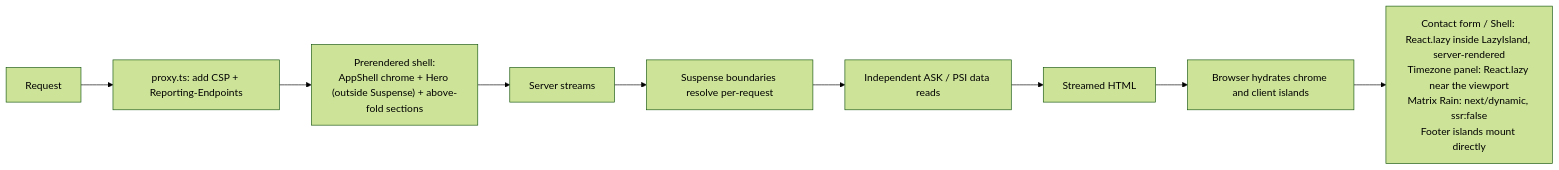
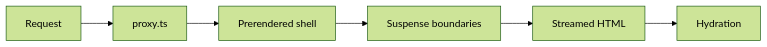
One commit to erikunha/portfolio changed the sixth of 14 diagrams in docs/03-rendering-and-data-flow.md. Above: the diagram before and after it, drawn with Mermaid (forest theme). The commit also changed other lines of this file and 1 other file, not shown here.

First line of the commit message:
docs(workflows): turn matrix and step-list diagrams into tables and lists

````diff
--- a/docs/03-rendering-and-data-flow.md
+++ b/docs/03-rendering-and-data-flow.md
@@ -117,11 +119,4 @@
 ```mermaid
 flowchart LR
-    req["Request"] --> px["proxy.ts: add CSP + Reporting-Endpoints"]
-    px --> shell["Prerendered shell:<br/>AppShell chrome + Hero (outside Suspense) + above-fold sections"]
-    shell --> stream["Server streams"]
-    stream --> susp["Suspense boundaries resolve per-request"]
-    susp --> dyn["Independent ASK / PSI data reads"]
-    dyn --> html2["Streamed HTML"]
-    html2 --> hydrate["Browser hydrates chrome and client islands"]
-    hydrate --> lazy["Contact form / Shell: React.lazy inside LazyIsland, server-rendered<br/>Timezone panel: React.lazy near the viewport<br/>Matrix Rain: next/dynamic, ssr:false<br/>Footer islands mount directly"]
+    req["Request"] --> px["proxy.ts"] --> shell["Prerendered shell"] --> susp["Suspense boundaries"] --> html["Streamed HTML"] --> hydrate["Hydration"]
 ```
````
